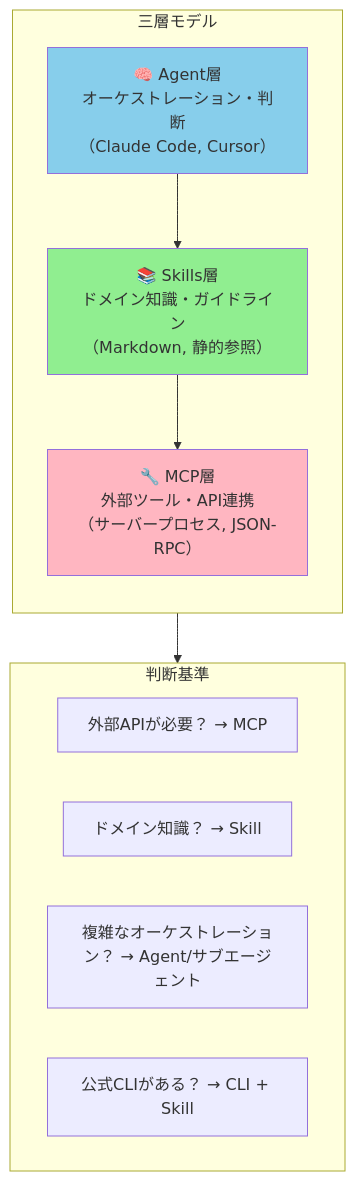
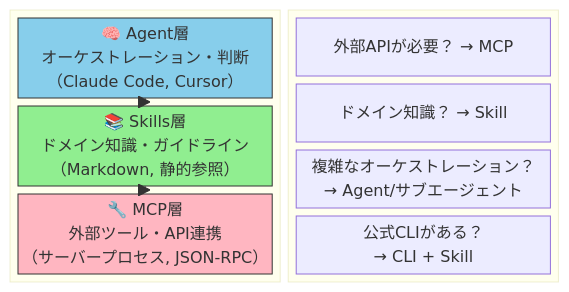
One commit to shuji-bonji/ai-agent-architecture changed the third of 10 diagrams in ai-agent-toolkit-analysis.md. Above: the diagram before and after it, drawn with Mermaid. The commit also changed other lines of this file and 13 other files, not shown here.

Commit message:
fix: Mermaidダイアグラム図の改善

````diff
--- a/ai-agent-toolkit-analysis.md
+++ b/ai-agent-toolkit-analysis.md
@@ -128,25 +128,26 @@
 ```mermaid
-graph TB
-    subgraph Layer["三層モデル"]
-        direction TB
-        AGENT["🧠 Agent層<br/>オーケストレーション・判断<br/>（Claude Code, Cursor）"]
-        SKILLS["📚 Skills層<br/>ドメイン知識・ガイドライン<br/>（Markdown, 静的参照）"]
-        MCP_L["🔧 MCP層<br/>外部ツール・API連携<br/>（サーバープロセス, JSON-RPC）"]
+block-beta
+    columns 2
+
+    block:LAYER:1
+        columns 1
+        AGENT["🧠 Agent層\nオーケストレーション・判断\n（Claude Code, Cursor）"]
+        SKILLS["📚 Skills層\nドメイン知識・ガイドライン\n（Markdown, 静的参照）"]
+        MCP_L["🔧 MCP層\n外部ツール・API連携\n（サーバープロセス, JSON-RPC）"]
+    end
+
+    block:DECISIONS:1
+        columns 1
+        D1["外部APIが必要？ → MCP"]
+        D2["ドメイン知識？ → Skill"]
+        D3["複雑なオーケストレーション？\n→ Agent/サブエージェント"]
+        D4["公式CLIがある？\n→ CLI + Skill"]
     end
 
     AGENT --> SKILLS
     SKILLS --> MCP_L
 
-    subgraph Decisions["判断基準"]
-        D1["外部APIが必要？ → MCP"]
-        D2["ドメイン知識？ → Skill"]
-        D3["複雑なオーケストレーション？ → Agent/サブエージェント"]
-        D4["公式CLIがある？ → CLI + Skill"]
-    end
-
-    Layer --> Decisions
-
-    style AGENT fill:#87CEEB
-    style SKILLS fill:#90EE90
-    style MCP_L fill:#FFB6C1
+    style AGENT fill:#87CEEB,color:#333,stroke:#333
+    style SKILLS fill:#90EE90,color:#333,stroke:#333
+    style MCP_L fill:#FFB6C1,color:#333,stroke:#333
 ```
````
